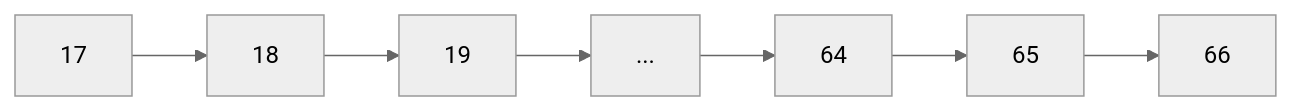
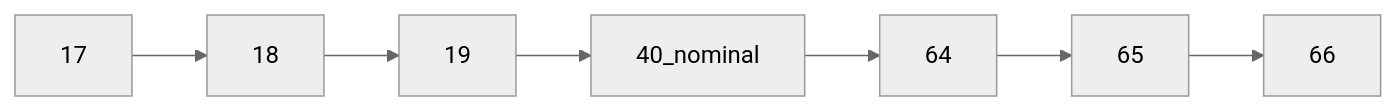
One commit to joshuacba08/qa-engineering-book changed the third of 5 diagrams in parte1-pensar-como-qa/02-diseno-de-tests.md. Above: the diagram before and after it, drawn with Mermaid (neutral theme). The commit also changed other lines of this file, not shown here.

````diff
--- a/parte1-pensar-como-qa/02-diseno-de-tests.md
+++ b/parte1-pensar-como-qa/02-diseno-de-tests.md
@@ -150,9 +470,9 @@
 ```mermaid
 graph LR
     A[17] --> B[18]
     B --> C[19]
-    C --> D[...]
+    C --> D[40_nominal]
     D --> E[64]
     E --> F[65]
     F --> G[66]
 ```
````
